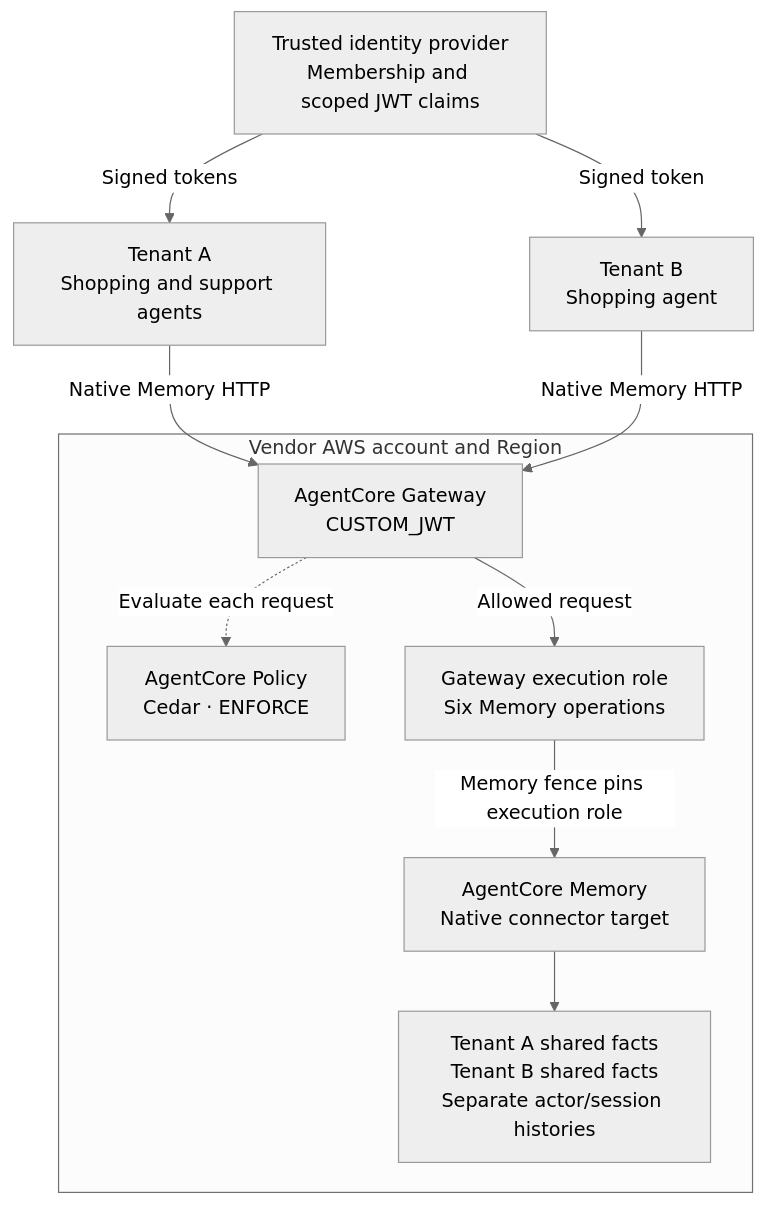
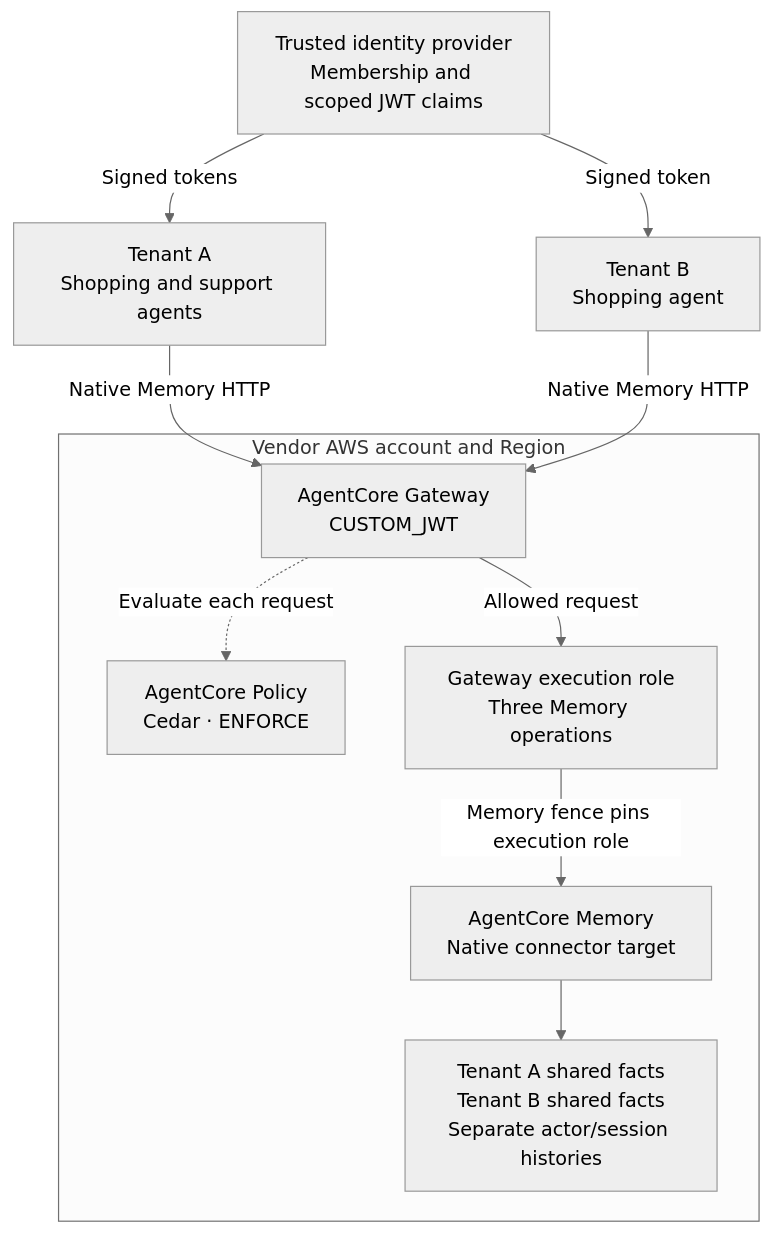
One commit to aws-samples/sample-agentic-ai-acceleration-patterns changed the diagram in samples/tenant-memory-isolation/diagrams/tenant-memory-isolation.mmd. Above: the diagram before and after it, drawn with Mermaid (neutral theme). The commit also changed 14 other files, not shown here.

First line of the commit message:
tenant-memory-isolation: record the Gateway design and the live-run decisions

```diff
--- a/samples/tenant-memory-isolation/diagrams/tenant-memory-isolation.mmd
+++ b/samples/tenant-memory-isolation/diagrams/tenant-memory-isolation.mmd
@@ -1,19 +1,19 @@
 flowchart TB
     IDP["Trusted identity provider<br/>Membership and scoped JWT claims"]
     A["Tenant A<br/>Shopping and support agents"]
     B["Tenant B<br/>Shopping agent"]
     IDP -->|"Signed tokens"| A
     IDP -->|"Signed token"| B
     subgraph AWS["Vendor AWS account and Region"]
         GW["AgentCore Gateway<br/>CUSTOM_JWT"]
         POL["AgentCore Policy<br/>Cedar · ENFORCE"]
-        ROLE["Gateway execution role<br/>Six Memory operations"]
+        ROLE["Gateway execution role<br/>Three Memory operations"]
         MEM["AgentCore Memory<br/>Native connector target"]
         NS["Tenant A shared facts<br/>Tenant B shared facts<br/>Separate actor/session histories"]
         GW -. "Evaluate each request" .-> POL
         GW -->|"Allowed request"| ROLE
         ROLE -->|"Memory fence pins execution role"| MEM
         MEM --> NS
     end
     A -->|"Native Memory HTTP"| GW
     B -->|"Native Memory HTTP"| GW
```
